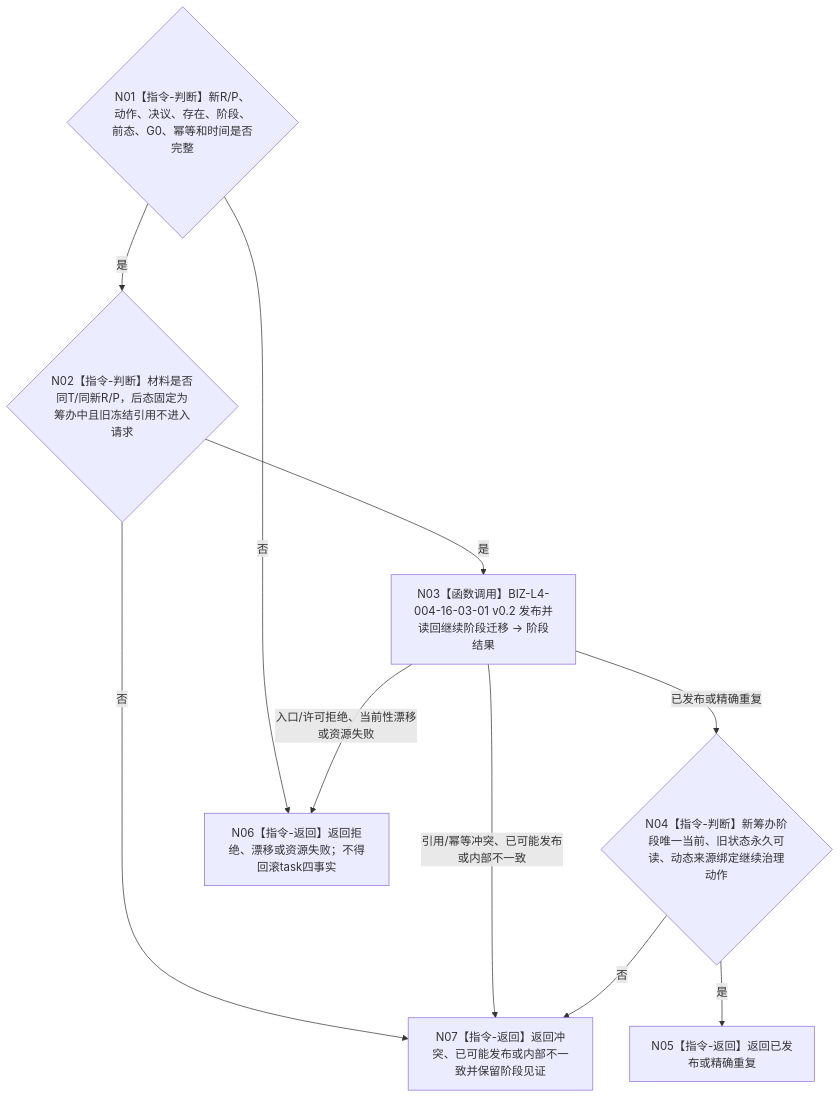
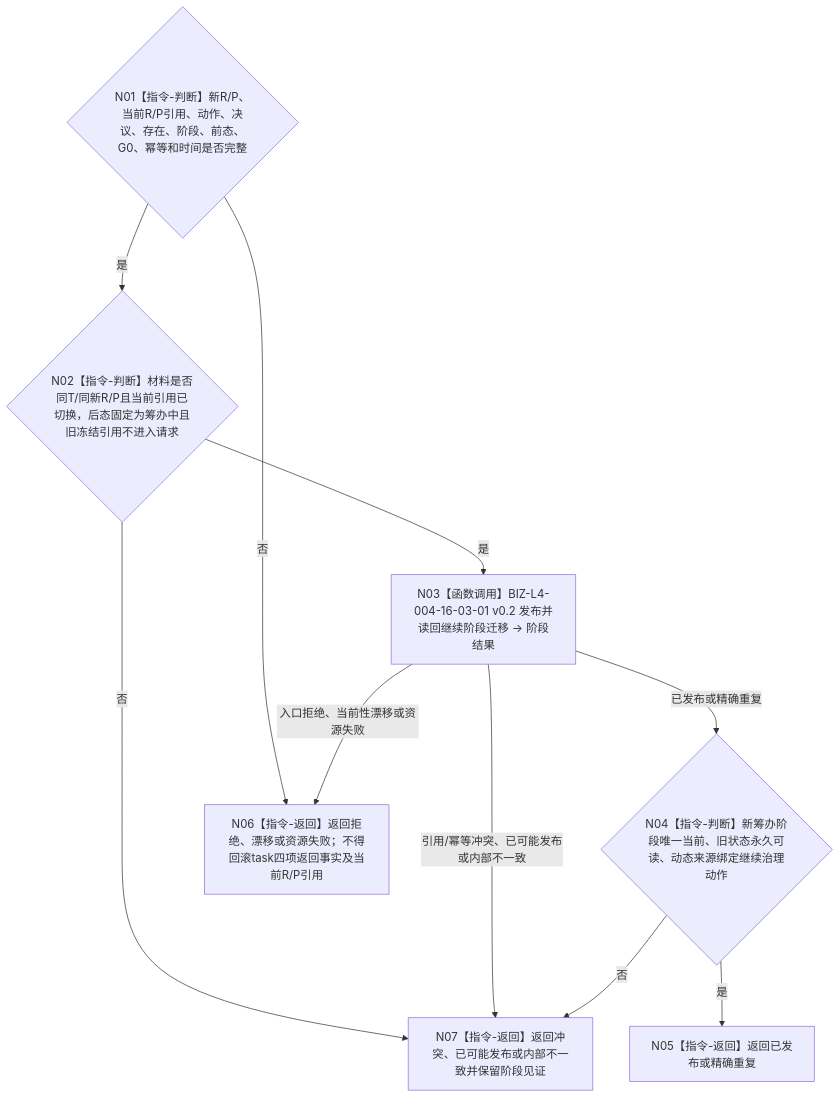
The diagram in 流程图/目标业务流程图/L3/BIZ-L3-004-16-03_继续分支迁移新轮次到筹办阶段_目标函数流程图_v0.2.md (chunhaizh-cyber/HY-Ego), drawn with Mermaid before and after one commit. The commit also changed other lines of this file and 24 other files, not shown here.

````diff
--- a/流程图/目标业务流程图/L3/BIZ-L3-004-16-03_继续分支迁移新轮次到筹办阶段_目标函数流程图_v0.2.md
+++ b/流程图/目标业务流程图/L3/BIZ-L3-004-16-03_继续分支迁移新轮次到筹办阶段_目标函数流程图_v0.2.md
@@ -32,20 +32,20 @@
 ```mermaid
 flowchart TD
-    N01{"N01【指令-判断】新R/P、动作、决议、存在、阶段、前态、G0、幂等和时间是否完整"}
-    N02{"N02【指令-判断】材料是否同T/同新R/P，后态固定为筹办中且旧冻结引用不进入请求"}
+    N01{"N01【指令-判断】新R/P、当前R/P引用、动作、决议、存在、阶段、前态、G0、幂等和时间是否完整"}
+    N02{"N02【指令-判断】材料是否同T/同新R/P且当前引用已切换，后态固定为筹办中且旧冻结引用不进入请求"}
     N03["N03【函数调用】BIZ-L4-004-16-03-01 v0.2 发布并读回继续阶段迁移 -> 阶段结果"]
     N04{"N04【指令-判断】新筹办阶段唯一当前、旧状态永久可读、动态来源绑定继续治理动作"}
     N05["N05【指令-返回】返回已发布或精确重复"]
-    N06["N06【指令-返回】返回拒绝、漂移或资源失败；不得回滚task四事实"]
+    N06["N06【指令-返回】返回拒绝、漂移或资源失败；不得回滚task四项返回事实及当前R/P引用"]
     N07["N07【指令-返回】返回冲突、已可能发布或内部不一致并保留阶段见证"]
 
     N01 -->|否| N06
     N01 -->|是| N02
     N02 -->|否| N07
     N02 -->|是| N03
     N03 -->|已发布或精确重复| N04
-    N03 -->|入口/许可拒绝、当前性漂移或资源失败| N06
+    N03 -->|入口拒绝、当前性漂移或资源失败| N06
     N03 -->|引用/幂等冲突、已可能发布或内部不一致| N07
     N04 -->|否| N07
     N04 -->|是| N05
 ```
````
